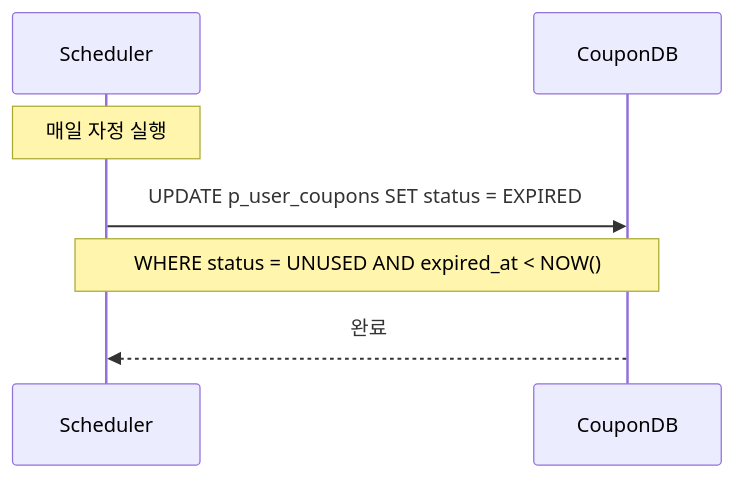
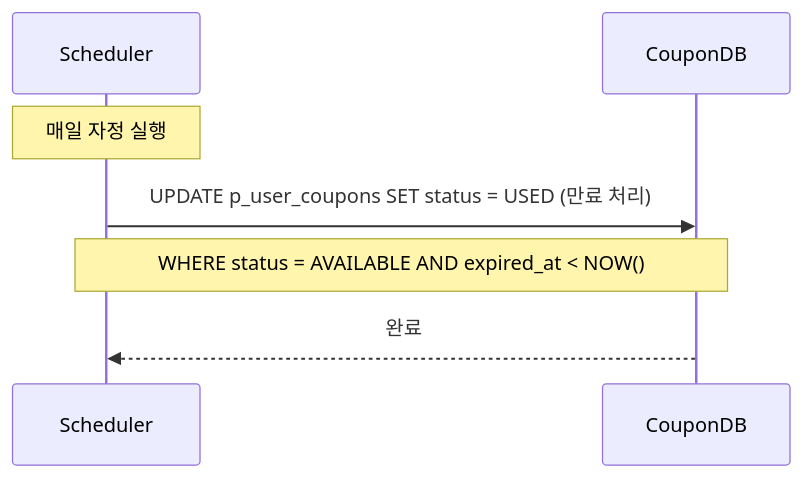
Diagram 14 of 20 in docs/08.sequence.md (OMC-2/OMC), drawn with Mermaid before and after one commit. The commit also changed other lines of this file and 5 other files, not shown here.

````diff
--- a/docs/08.sequence.md
+++ b/docs/08.sequence.md
@@ -404,10 +404,10 @@
 ```mermaid
 sequenceDiagram
     participant Scheduler
     participant CouponDB
 
     Note over Scheduler: 매일 자정 실행
-    Scheduler->>CouponDB: UPDATE p_user_coupons SET status = EXPIRED
-    Note over Scheduler,CouponDB: WHERE status = UNUSED AND expired_at < NOW()
+    Scheduler->>CouponDB: UPDATE p_user_coupons SET status = USED (만료 처리)
+    Note over Scheduler,CouponDB: WHERE status = AVAILABLE AND expired_at < NOW()
     CouponDB-->>Scheduler: 완료
 ```
````
